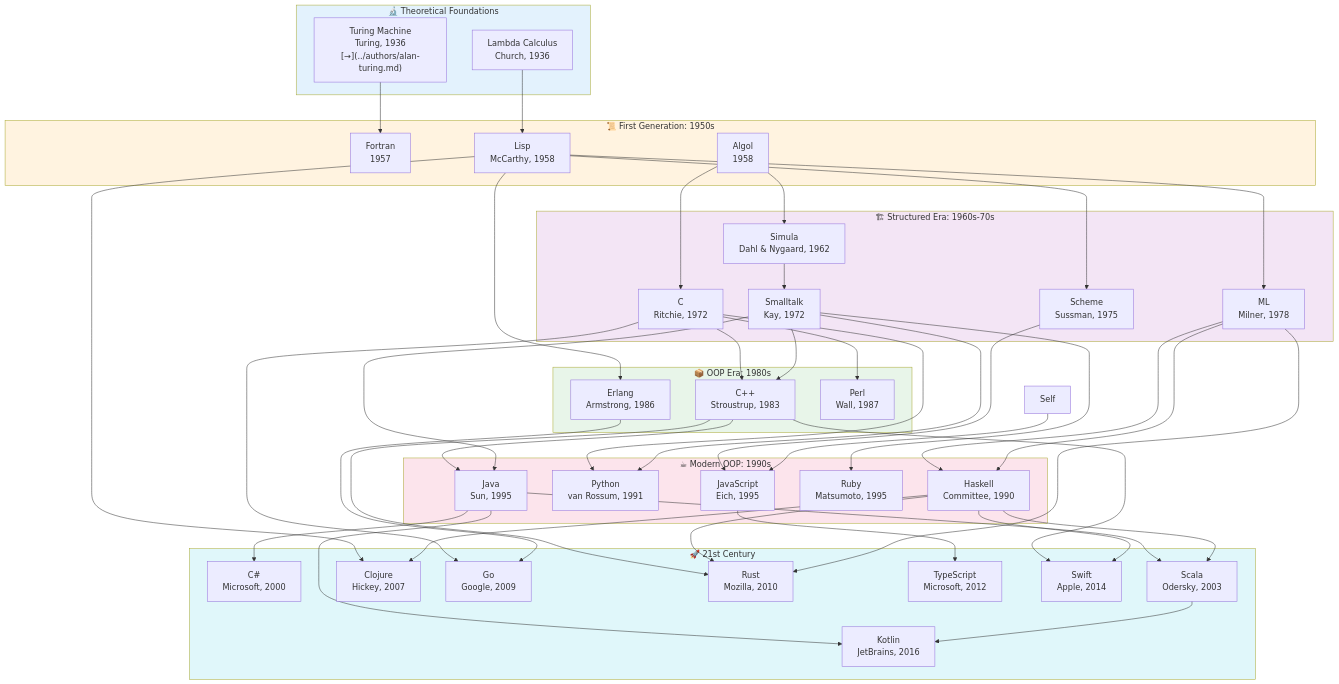
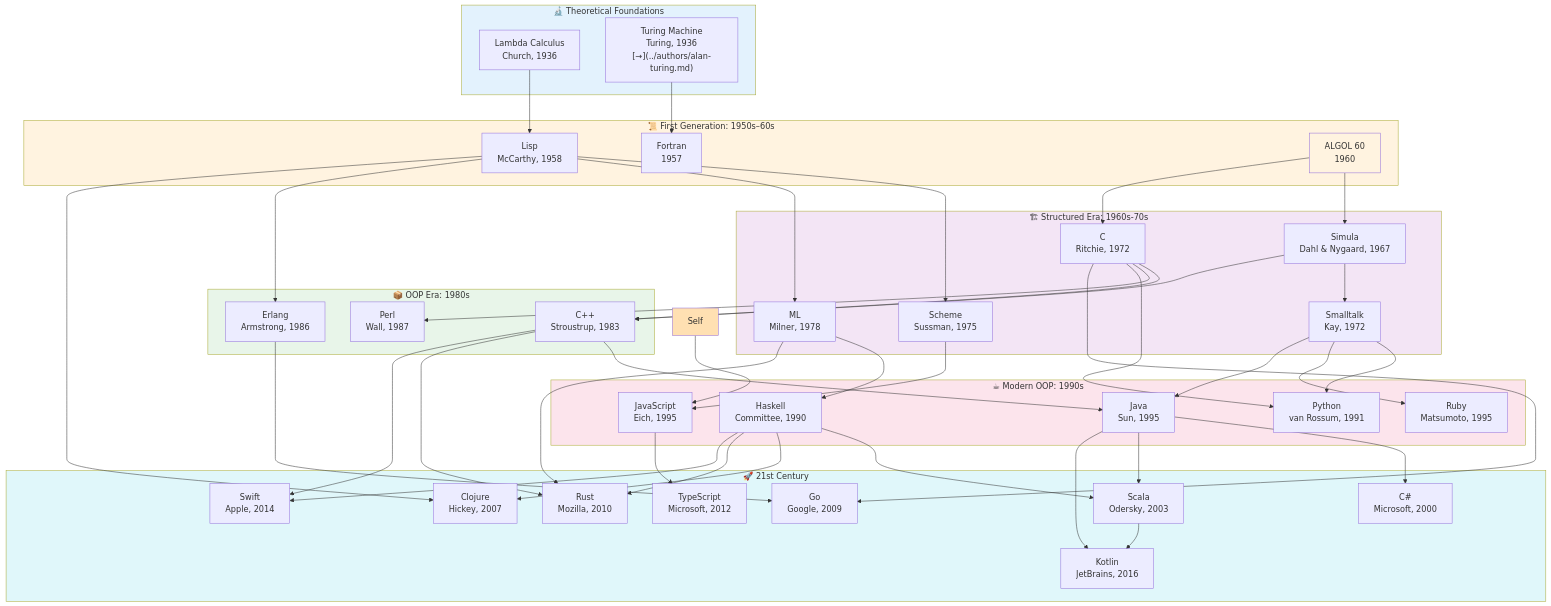
One commit to akardapolov/software-atlas changed the first of 6 diagrams in docs/maps/languages-genealogy.md. Above: the diagram before and after it, drawn with Mermaid. The commit also changed other lines of this file and 5 other files, not shown here.

Commit message:
fix: update OOP history timeline data

````diff
--- a/docs/maps/languages-genealogy.md
+++ b/docs/maps/languages-genealogy.md
@@ -11,14 +11,14 @@
         Turing["Turing Machine<br/>Turing, 1936\n[→](../authors/alan-turing.md)"]
     end
 
-    subgraph FirstGen["📜 First Generation: 1950s"]
+    subgraph FirstGen["📜 First Generation: 1950s–60s"]
         Fortran["Fortran<br/>1957"]
         Lisp["Lisp<br/>McCarthy, 1958"]
-        Algol["Algol<br/>1958"]
+        Algol["ALGOL 60<br/>1960"]
     end
 
     subgraph Structured["🏗 Structured Era: 1960s-70s"]
-        Simula["Simula<br/>Dahl & Nygaard, 1962"]
+        Simula["Simula<br/>Dahl & Nygaard, 1967"]
         C["C<br/>Ritchie, 1972"]
         Smalltalk["Smalltalk<br/>Kay, 1972"]
         ML["ML<br/>Milner, 1978"]
@@ -63,7 +63,7 @@
 
     %% Structured → OOP Era
     C --> Cpp
-    Smalltalk --> Cpp
+    Simula --> Cpp
     Lisp --> Erlang
     C --> Perl
     ML --> Haskell
@@ -76,7 +76,6 @@
     Smalltalk --> Java
     Scheme --> JavaScript
     Self --> JavaScript
-    ML --> Haskell
 
     %% Modern → 21st Century
     Java --> CSharp
@@ -101,4 +100,6 @@
     style OOPEra fill:#e8f5e9
     style ModernOOP fill:#fce4ec
     style TwentyFirst fill:#e0f7fa
+    style Algol fill:#fff3e0
+    style Self fill:#ffe0b2
 ```
````
